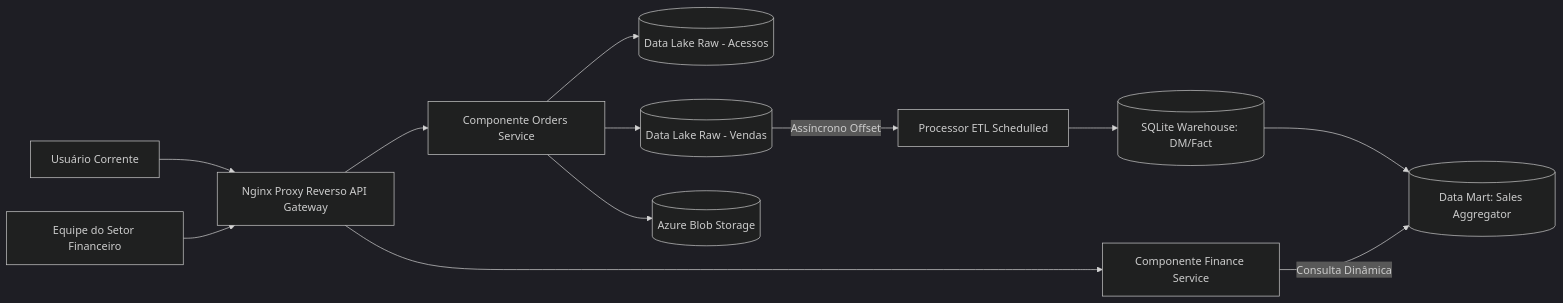
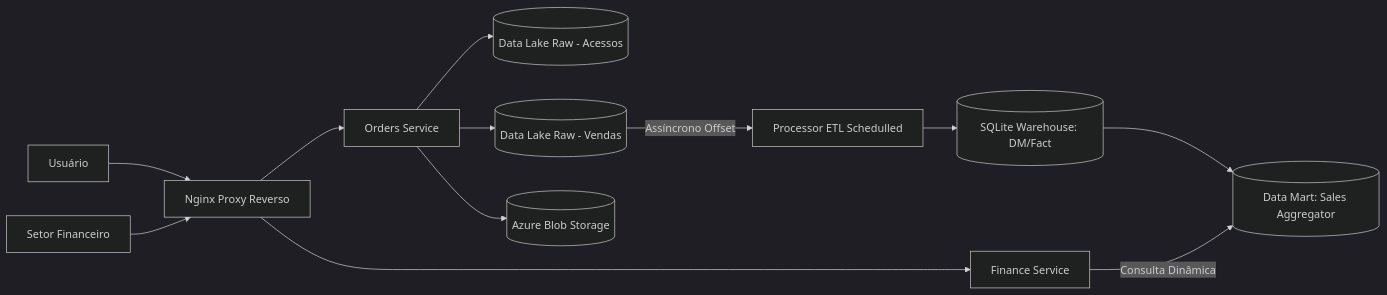
One commit to WillyReis/scale-to-insight changed the diagram in RELATORIO_TECNICO.md. Above: the diagram before and after it, drawn with Mermaid (dark theme). The commit also changed other lines of this file, not shown here.

````diff
--- a/RELATORIO_TECNICO.md
+++ b/RELATORIO_TECNICO.md
@@ -94,20 +83,20 @@
 ```mermaid
 flowchart LR
-    U[Usuário Corrente]
-    F[Equipe do Setor Financeiro]
+    U[Usuário]
+    F[Setor Financeiro]
 
-    U --> N[Nginx Proxy Reverso API Gateway]
+    U --> N[Nginx Proxy Reverso]
     F --> N
 
-    N --> O[Componente Orders Service]
-    N --> FI[Componente Finance Service]
+    N --> O[Orders Service]
+    N --> FI[Finance Service]
 
     O --> RAWA[(Data Lake Raw - Acessos)]
     O --> RAWS[(Data Lake Raw - Vendas)]
     O --> AZ[(Azure Blob Storage)]
 
     RAWS -->|Assíncrono Offset| P[Processor ETL Schedulled]
     P --> DW[(SQLite Warehouse: DM/Fact)]
     DW --> DM[(Data Mart: Sales Aggregator)]
     FI -->|Consulta Dinâmica| DM
 ```
````
